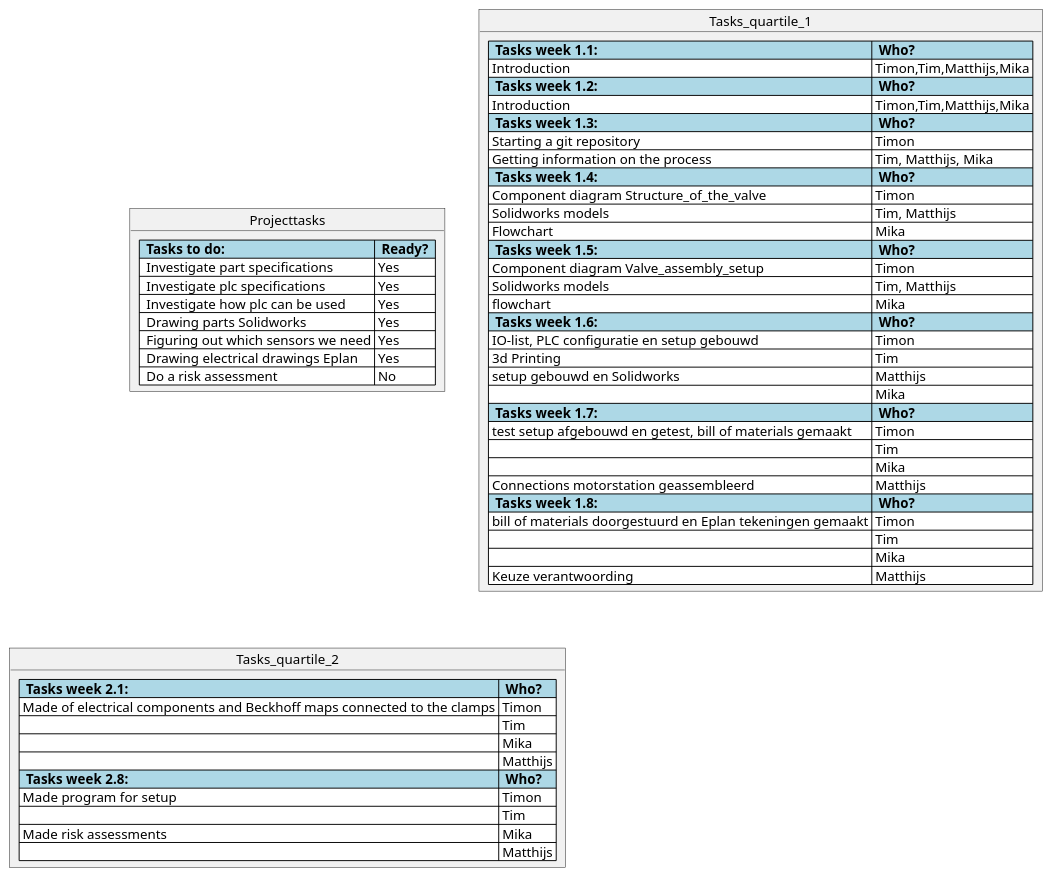
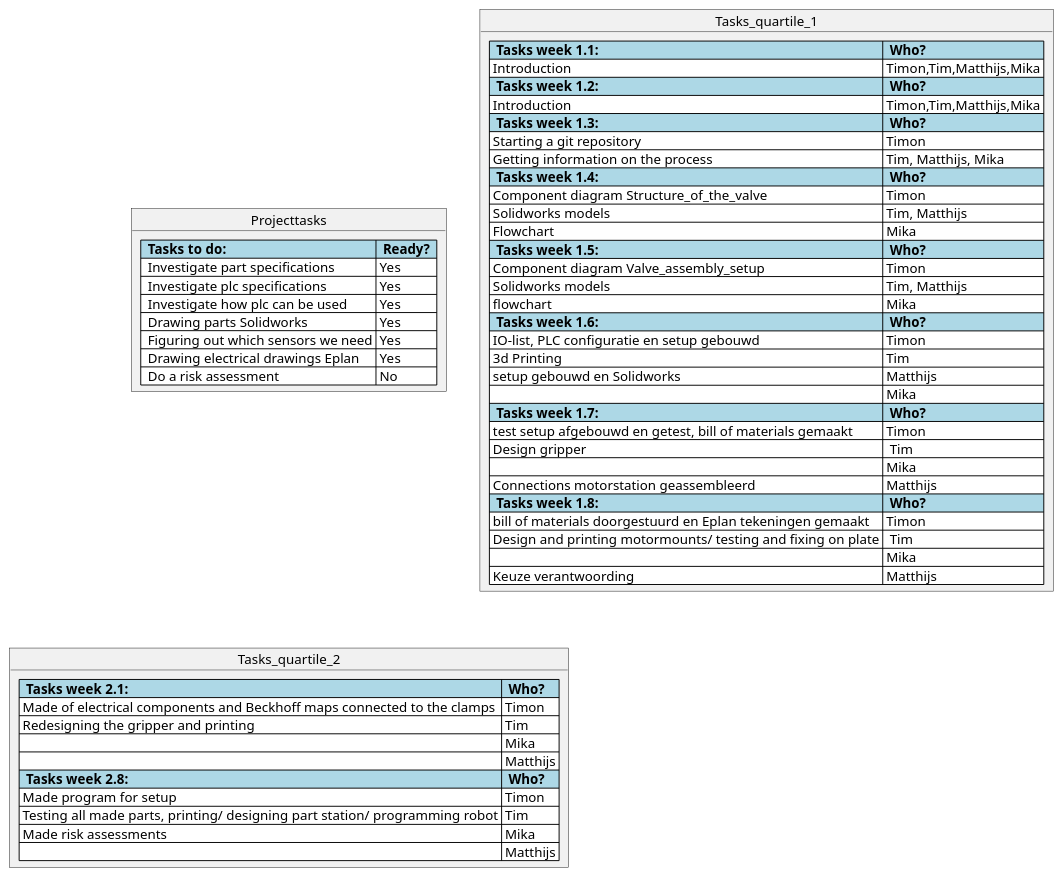
One commit to Timon14kraan/Project-Proces-and-Safety changed the diagram in src/Tasks.md. Above: the diagram before and after it, drawn with PlantUML.

````diff
--- a/src/Tasks.md
+++ b/src/Tasks.md
@@ -5,64 +5,64 @@
 ```plantuml
 @startuml
 
 object Projecttasks {
   <#lightblue,#black>|=  Tasks to do:  |=  Ready?  |
   <#white>|  Investigate part specifications | Yes | 
   <#white>|  Investigate plc specifications | Yes |
   <#white>|  Investigate how plc can be used  | Yes |
   <#white>|  Drawing parts Solidworks | Yes |
   <#white>|  Figuring out which sensors we need | Yes |
   <#white>|  Drawing electrical drawings Eplan | Yes |
   <#white>|  Do a risk assessment | No |
 }
 
 object Tasks_quartile_1 {
   <#lightblue,#black>|=  Tasks week 1.1:  |=  Who?  |
   <#white>| Introduction | Timon,Tim,Matthijs,Mika |
   <#lightblue,#black>|=  Tasks week 1.2:  |=  Who?  |
   <#white>| Introduction | Timon,Tim,Matthijs,Mika |
   <#lightblue,#black>|=  Tasks week 1.3:  |=  Who?  |
   <#white>| Starting a git repository | Timon |
   <#white>| Getting information on the process | Tim, Matthijs, Mika |
   <#lightblue,#black>|=  Tasks week 1.4:  |=  Who?  |
   <#white>| Component diagram Structure_of_the_valve | Timon |
   <#white>| Solidworks models| Tim, Matthijs |
   <#white>| Flowchart| Mika |
   <#lightblue,#black>|=  Tasks week 1.5:  |=  Who?  |
   <#white>| Component diagram Valve_assembly_setup | Timon |
   <#white>| Solidworks models| Tim, Matthijs |
   <#white>| flowchart| Mika |
   <#lightblue,#black>|=  Tasks week 1.6:  |=  Who?  |
   <#white>| IO-list, PLC configuratie en setup gebouwd | Timon |
   <#white>| 3d Printing | Tim |
   <#white>| setup gebouwd en Solidworks | Matthijs |
   <#white>|  | Mika |
   <#lightblue,#black>|=  Tasks week 1.7:  |=  Who?  |
   <#white>| test setup afgebouwd en getest, bill of materials gemaakt | Timon |
-  <#white>|  | Tim |
+  <#white>| Design gripper |  Tim |
   <#white>|  | Mika |
   <#white>| Connections motorstation geassembleerd| Matthijs |
   <#lightblue,#black>|=  Tasks week 1.8:  |=  Who?  |
   <#white>| bill of materials doorgestuurd en Eplan tekeningen gemaakt | Timon |
-  <#white>|  | Tim |
+  <#white>| Design and printing motormounts/ testing and fixing on plate |  Tim |
   <#white>|  | Mika |
   <#white>| Keuze verantwoording | Matthijs |
 }
 
 
 object Tasks_quartile_2 {
   <#lightblue,#black>|=  Tasks week 2.1:  |=  Who?  |
   <#white>| Made of electrical components and Beckhoff maps connected to the clamps | Timon |
-  <#white>|  | Tim |
+  <#white>| Redesigning the gripper and printing | Tim |
   <#white>|  | Mika |
   <#white>|  | Matthijs |
     <#lightblue,#black>|=  Tasks week 2.8:  |=  Who?  |
   <#white>| Made program for setup | Timon |
-  <#white>|  | Tim |
+  <#white>| Testing all made parts, printing/ designing part station/ programming robot | Tim |
   <#white>| Made risk assessments | Mika |  
   <#white>|  | Matthijs |
 }
 
 
 @endulm
 ```
````
